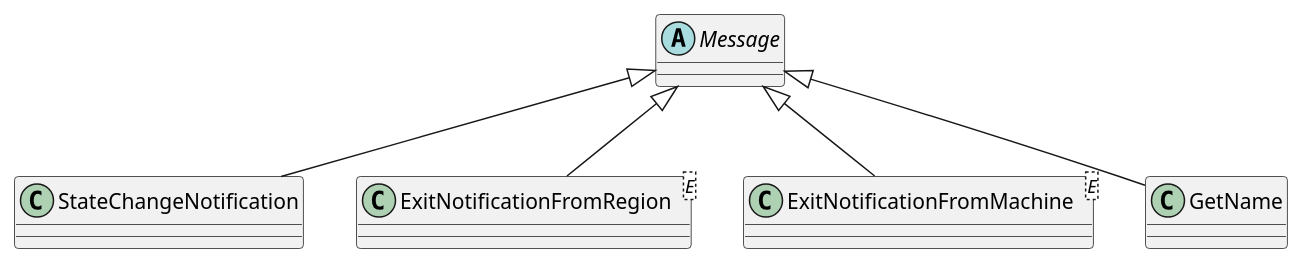
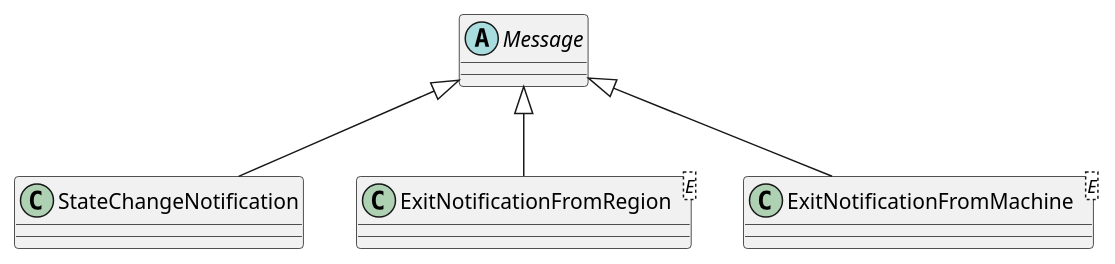
One commit to tamas-p/hisma changed the third of 3 diagrams in packages/hisma/doc/dev/diagrams/child_to_parent_callbacks.plantuml. Above: the diagram before and after it, drawn with PlantUML.

Commit message:
chore: removed GetName from diagram

```diff
--- a/packages/hisma/doc/dev/diagrams/child_to_parent_callbacks.plantuml
+++ b/packages/hisma/doc/dev/diagrams/child_to_parent_callbacks.plantuml
@@ -49,12 +49,10 @@
 @startuml messages
 abstract class Message
 class StateChangeNotification
 class ExitNotificationFromRegion<E>
 class ExitNotificationFromMachine<E>
-class GetName
 
 Message <|-- StateChangeNotification
 Message <|-- ExitNotificationFromRegion
 Message <|-- ExitNotificationFromMachine
-Message <|-- GetName
 @enduml
```
